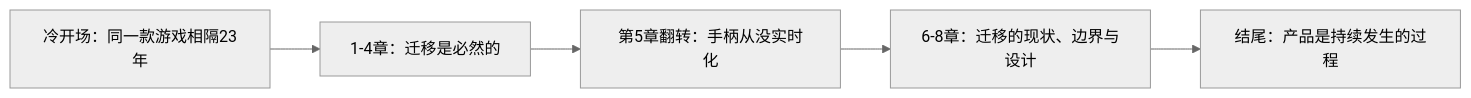
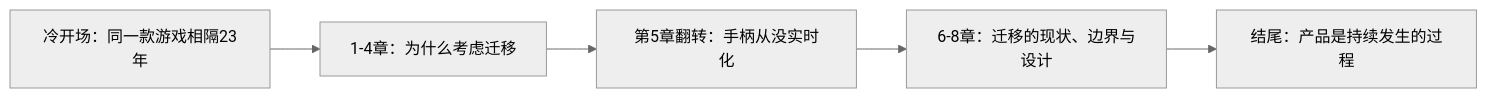
Before and after one commit to fangd123/knowledge-wiki: the diagram in content/讲解与科普/《从_CG_到实时演算》导演阐述与黄金样段（第一阶段）.md, drawn with Mermaid (neutral theme). The commit also changed other lines of this file and 30 other files, not shown here.

````diff
--- a/content/讲解与科普/《从_CG_到实时演算》导演阐述与黄金样段（第一阶段）.md
+++ b/content/讲解与科普/《从_CG_到实时演算》导演阐述与黄金样段（第一阶段）.md
@@ -120,7 +120,7 @@
 ```mermaid
 flowchart LR
-    A["冷开场：同一款游戏相隔23年"] --> B["1-4章：迁移是必然的"]
+    A["冷开场：同一款游戏相隔23年"] --> B["1-4章：为什么考虑迁移"]
     B --> C["第5章翻转：手柄从没实时化"]
     C --> D["6-8章：迁移的现状、边界与设计"]
     D --> E["结尾：产品是持续发生的过程"]
 ```
````
